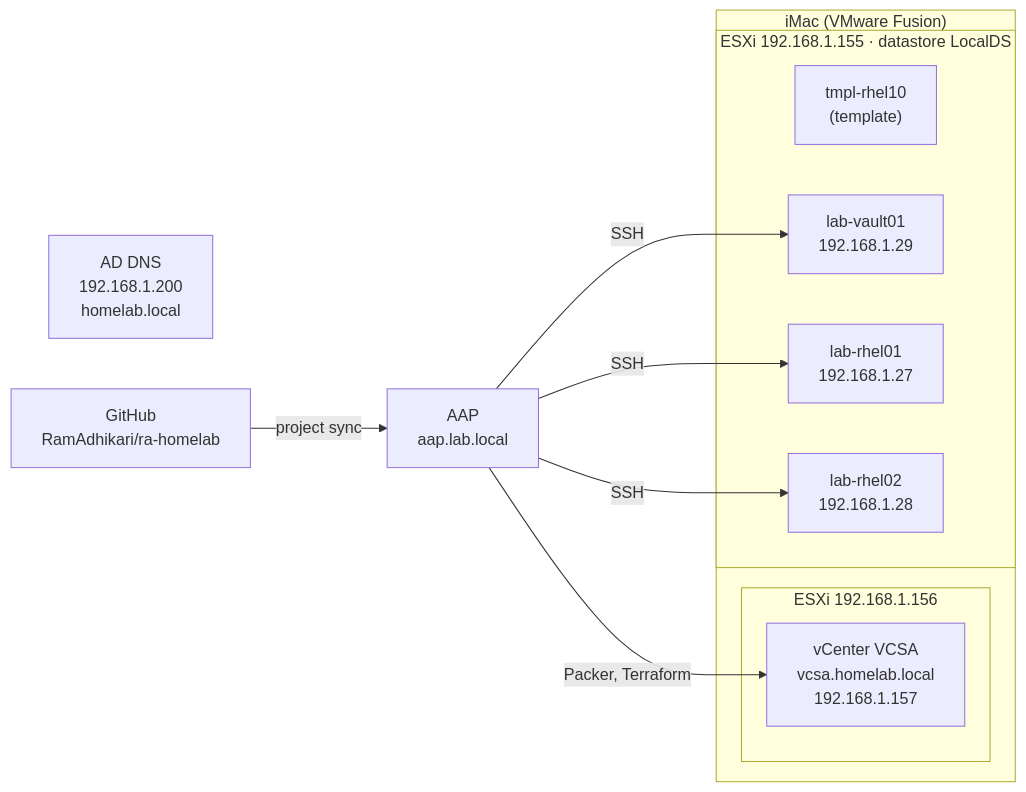
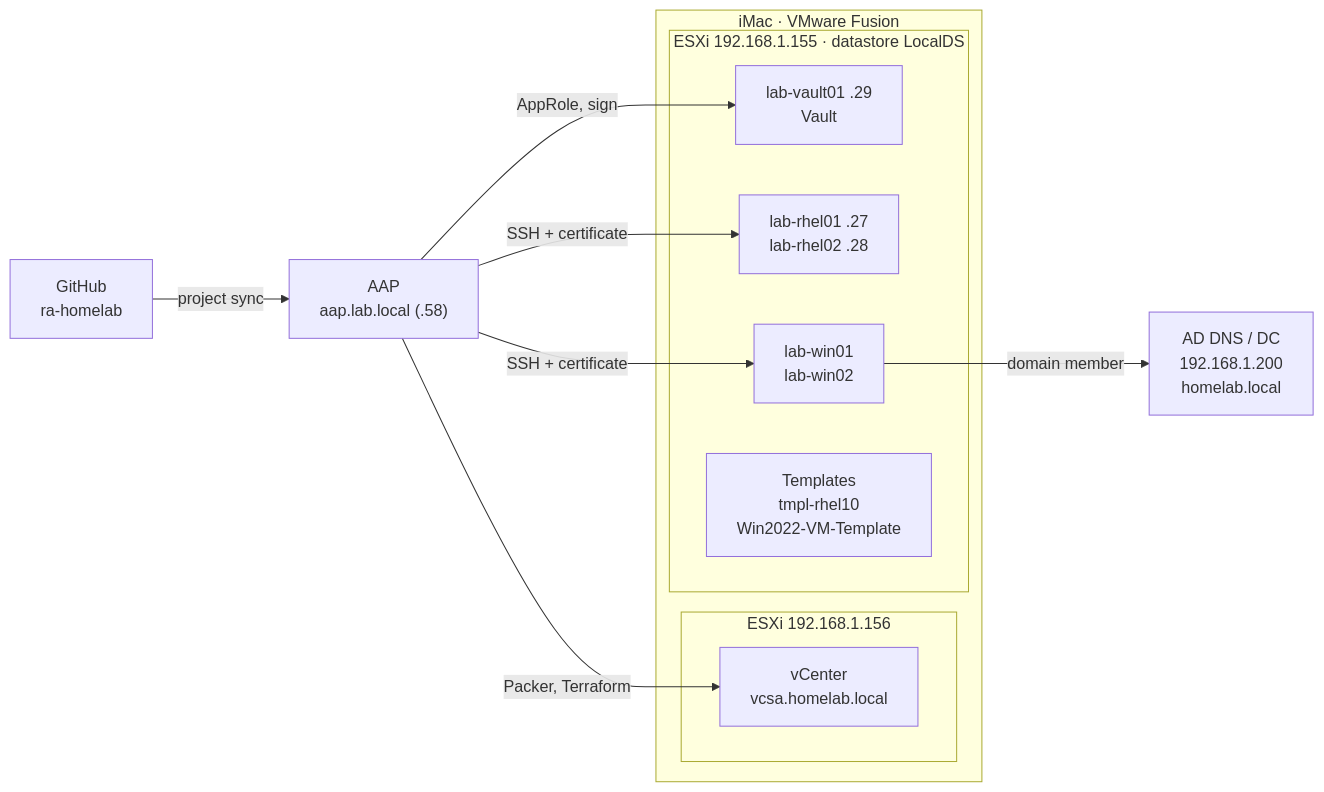
One commit to RamAdhikari/ra-homelab changed the first of 5 diagrams in docs/DESIGN.md. Above: the diagram before and after it, drawn with Mermaid. The commit also changed other lines of this file and 12 other files, not shown here.

````diff
--- a/docs/DESIGN.md
+++ b/docs/DESIGN.md
@@ -36,20 +46,22 @@
 ```mermaid
 flowchart LR
-  subgraph Mac["iMac (VMware Fusion)"]
+  subgraph Mac["iMac · VMware Fusion"]
     subgraph E156["ESXi 192.168.1.156"]
-      VC["vCenter VCSA<br/>vcsa.homelab.local<br/>192.168.1.157"]
+      VC["vCenter<br/>vcsa.homelab.local"]
     end
     subgraph E155["ESXi 192.168.1.155 · datastore LocalDS"]
-      T["tmpl-rhel10<br/>(template)"]
-      V["lab-vault01<br/>192.168.1.29"]
-      R1["lab-rhel01<br/>192.168.1.27"]
-      R2["lab-rhel02<br/>192.168.1.28"]
+      V["lab-vault01 .29<br/>Vault"]
+      R["lab-rhel01 .27<br/>lab-rhel02 .28"]
+      W["lab-win01<br/>lab-win02"]
+      T["Templates<br/>tmpl-rhel10<br/>Win2022-VM-Template"]
     end
   end
-  AAP["AAP<br/>aap.lab.local"]
-  DNS["AD DNS<br/>192.168.1.200<br/>homelab.local"]
-  GH["GitHub<br/>RamAdhikari/ra-homelab"]
+  AAP["AAP<br/>aap.lab.local (.58)"]
+  DNS["AD DNS / DC<br/>192.168.1.200<br/>homelab.local"]
+  GH["GitHub<br/>ra-homelab"]
   GH -->|project sync| AAP
   AAP -->|Packer, Terraform| VC
-  AAP -->|SSH| V & R1 & R2
+  AAP -->|SSH + certificate| R & W
+  AAP -->|AppRole, sign| V
+  W -->|domain member| DNS
 ```
````
